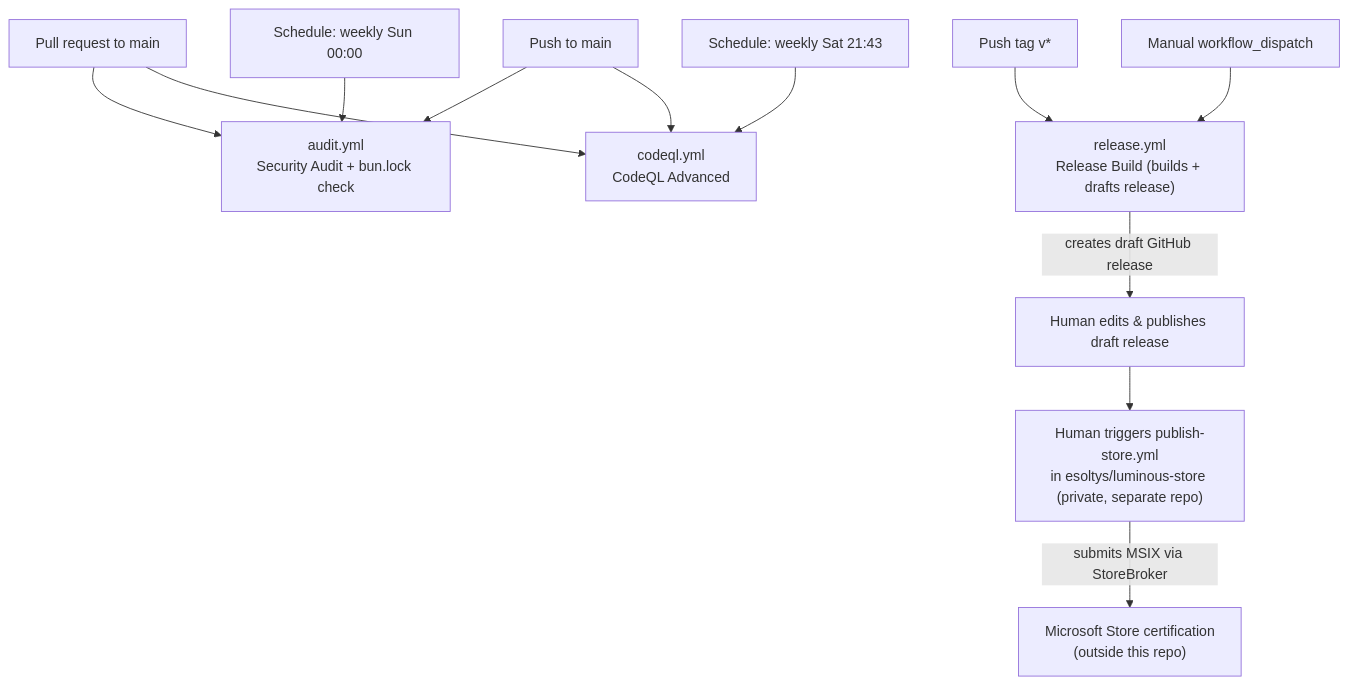
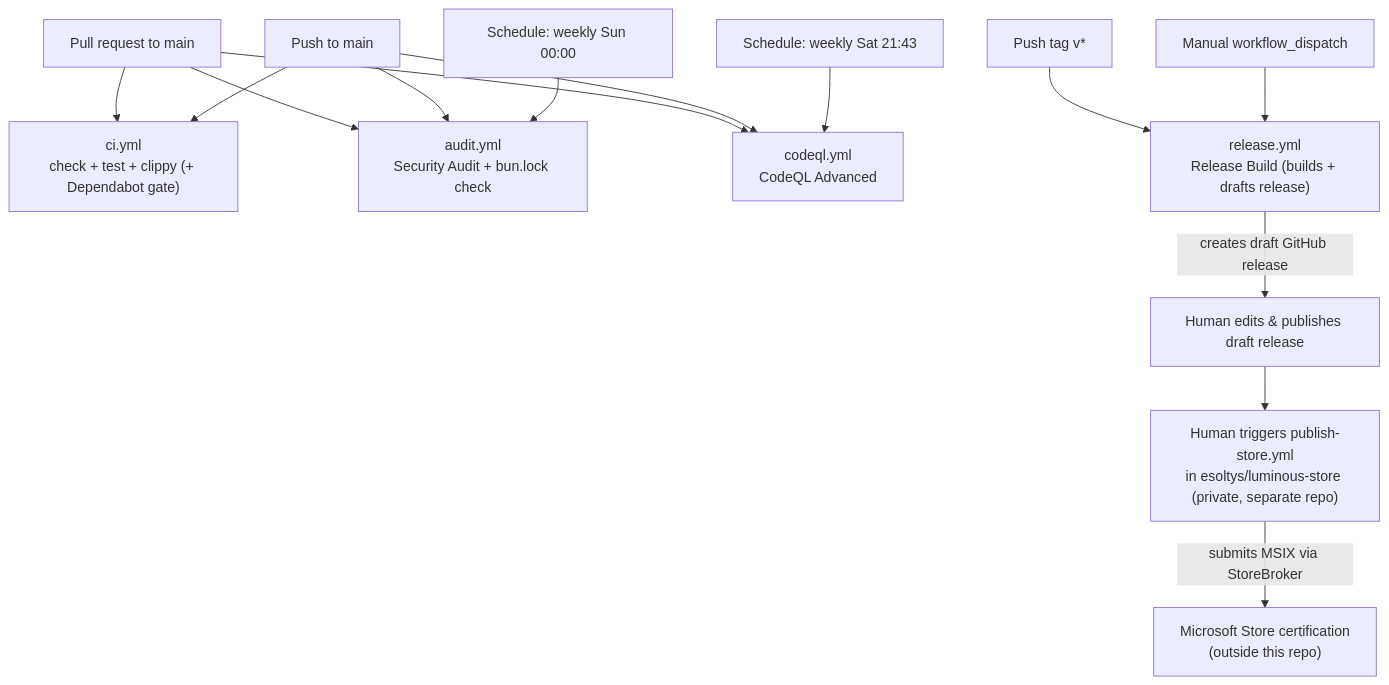
The diagram in docs/CI.md (esoltys/luminous), drawn with Mermaid before and after one commit. The commit also changed other lines of this file and 10 other files, not shown here.

````diff
--- a/docs/CI.md
+++ b/docs/CI.md
@@ -95,28 +109,32 @@
 ```mermaid
 flowchart TD
     PR["Pull request to main"]
     PushMainNext["Push to main"]
     Schedule1["Schedule: weekly Sun 00:00"]
     Schedule2["Schedule: weekly Sat 21:43"]
     TagPush["Push tag v*"]
     ManualDispatch1["Manual workflow_dispatch"]
 
+    CI["ci.yml\ncheck + test + clippy (+ Dependabot gate)"]
     Audit["audit.yml\nSecurity Audit + bun.lock check"]
     CodeQL["codeql.yml\nCodeQL Advanced"]
     Release["release.yml\nRelease Build (builds + drafts release)"]
+
+    PR --> CI
+    PushMainNext --> CI
 
     PR --> Audit
     PushMainNext --> Audit
     Schedule1 --> Audit
 
     PR --> CodeQL
     PushMainNext --> CodeQL
     Schedule2 --> CodeQL
 
     TagPush --> Release
     ManualDispatch1 --> Release
 
     Release -->|creates draft GitHub release| HumanPublish["Human edits & publishes draft release"]
     HumanPublish --> ManualStore["Human triggers publish-store.yml\nin esoltys/luminous-store (private, separate repo)"]
     ManualStore -->|submits MSIX via StoreBroker| MSStore["Microsoft Store certification\n(outside this repo)"]
 ```
````
